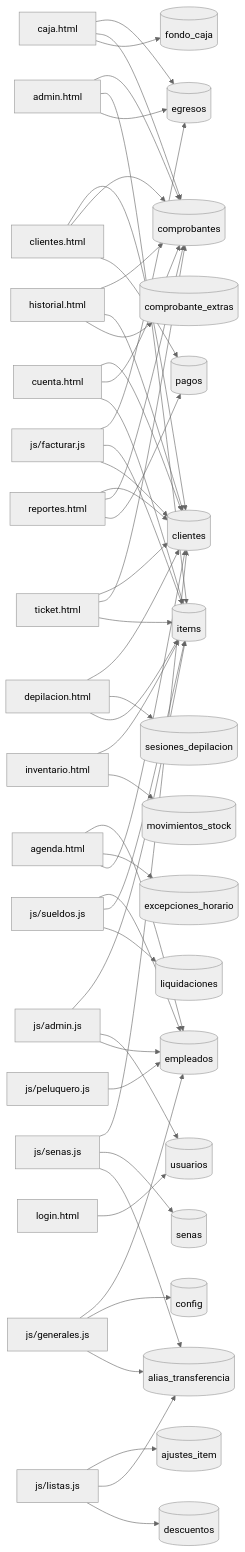
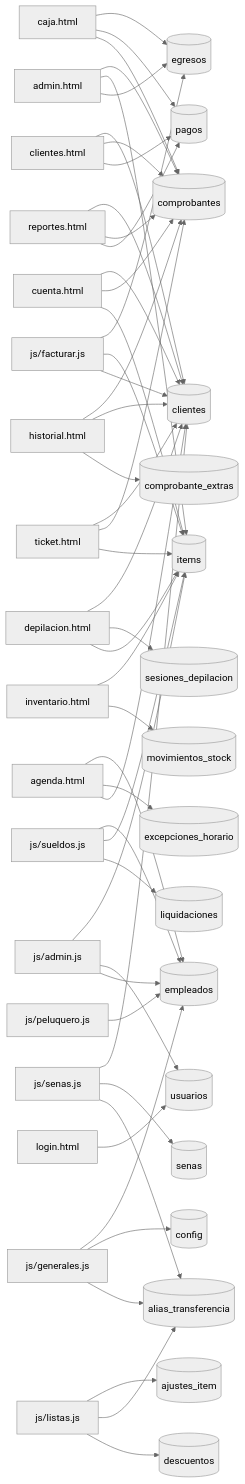
Before and after one commit to nicovazzoler/salon_ivana: the second of 2 diagrams in ARQUITECTURA.md, drawn with Mermaid (neutral theme). The commit also changed other lines of this file, not shown here.

```diff
--- a/ARQUITECTURA.md
+++ b/ARQUITECTURA.md
@@ -43,13 +45,12 @@
   Pagendahtml --> Tclientes
   Pcajahtml["caja.html"]
   Pcajahtml --> Tegresos
+  Tpagos[("pagos")]
+  Pcajahtml --> Tpagos
   Pcajahtml --> Tcomprobantes
-  Tfondocaja[("fondo_caja")]
-  Pcajahtml --> Tfondocaja
   Pclienteshtml["clientes.html"]
   Pclienteshtml --> Tclientes
   Pclienteshtml --> Tcomprobantes
-  Tpagos[("pagos")]
   Pclienteshtml --> Tpagos
   Pcuentahtml["cuenta.html"]
   Pcuentahtml --> Tclientes
```
